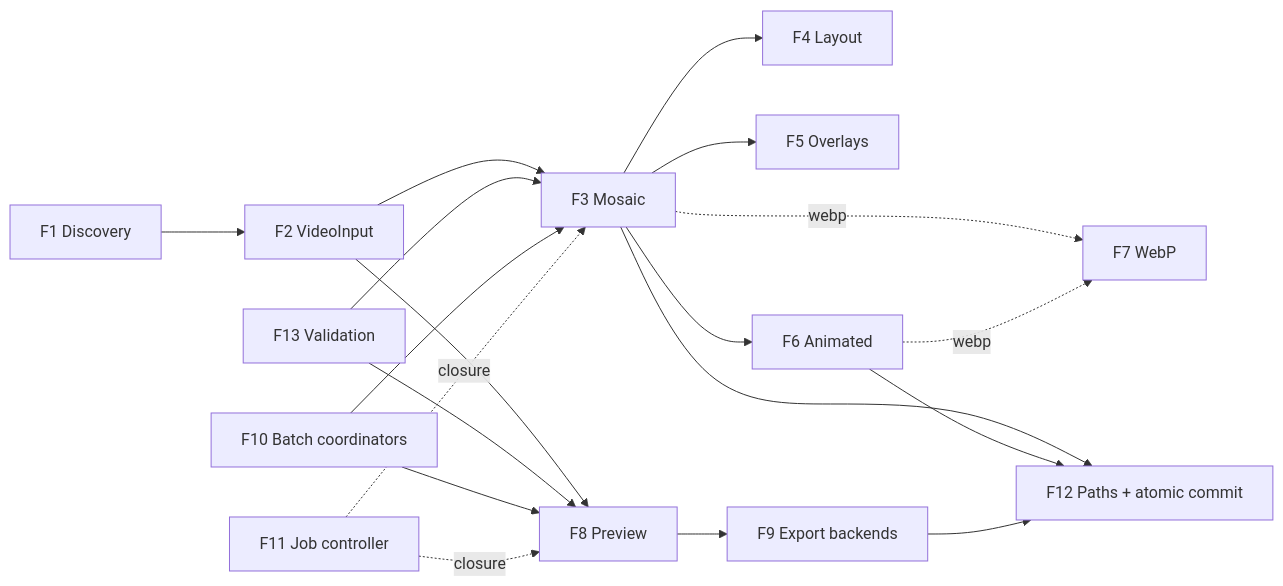
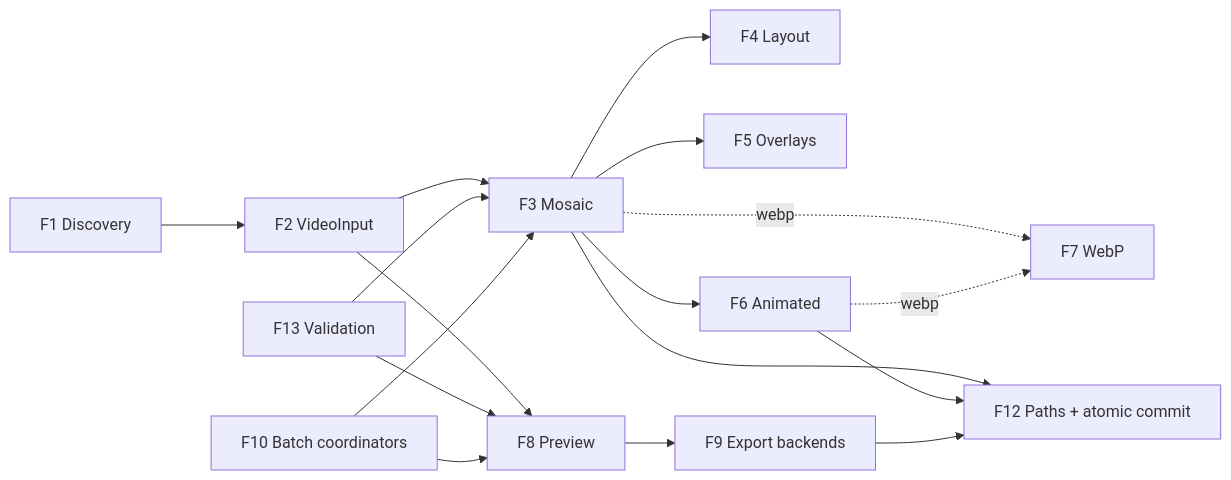
Before and after one commit to fdenis75/MosaicKit: the second of 7 diagrams in codebase-analysis-docs/CODEBASE_KNOWLEDGE.md, drawn with Mermaid. The commit also changed other lines of this file and 42 other files, not shown here.

````diff
--- a/codebase-analysis-docs/CODEBASE_KNOWLEDGE.md
+++ b/codebase-analysis-docs/CODEBASE_KNOWLEDGE.md
@@ -333,21 +336,19 @@
 ```mermaid
 graph LR
   F1[F1 Discovery] --> F2[F2 VideoInput]
   F2 --> F3[F3 Mosaic]
   F2 --> F8[F8 Preview]
   F13[F13 Validation] --> F3
   F13 --> F8
   F3 --> F4[F4 Layout]
   F3 --> F5[F5 Overlays]
   F3 --> F6[F6 Animated]
   F3 -.webp.-> F7[F7 WebP]
   F6 -.webp.-> F7
   F8 --> F9[F9 Export backends]
   F10[F10 Batch coordinators] --> F3
   F10 --> F8
-  F11[F11 Job controller] -.closure.-> F3
-  F11 -.closure.-> F8
   F3 --> F12[F12 Paths + atomic commit]
   F6 --> F12
   F9 --> F12
 ```
````
